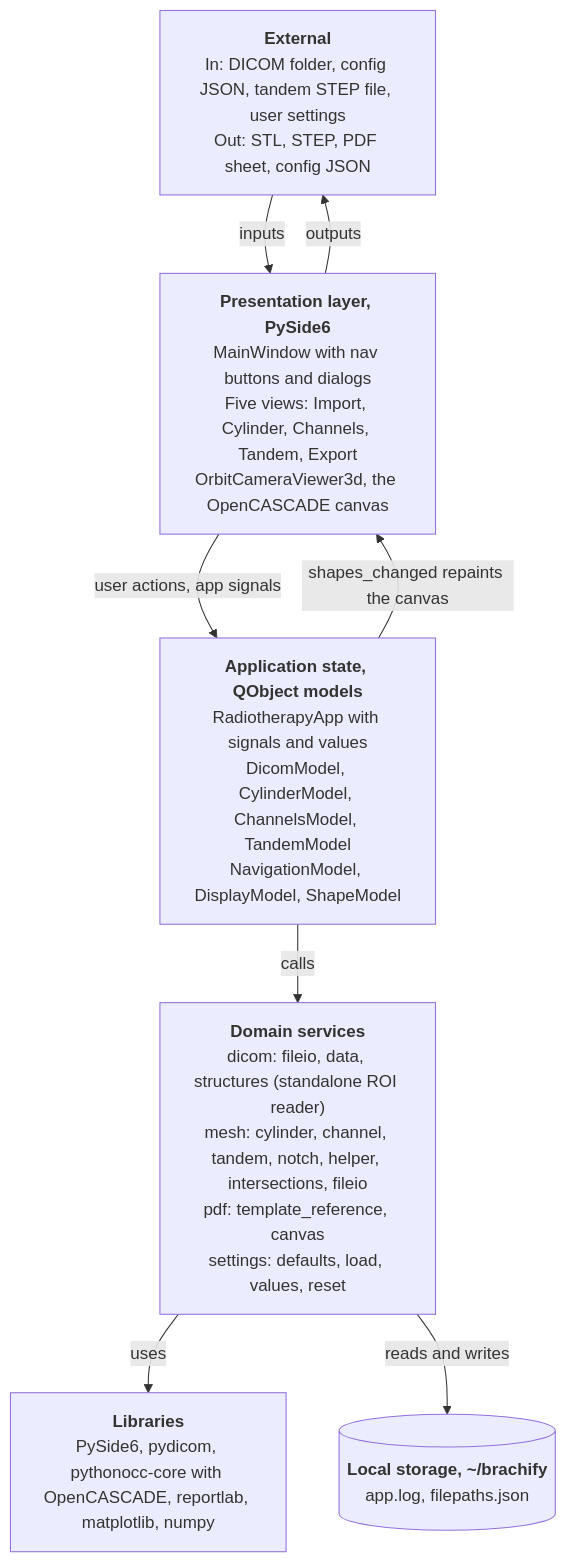
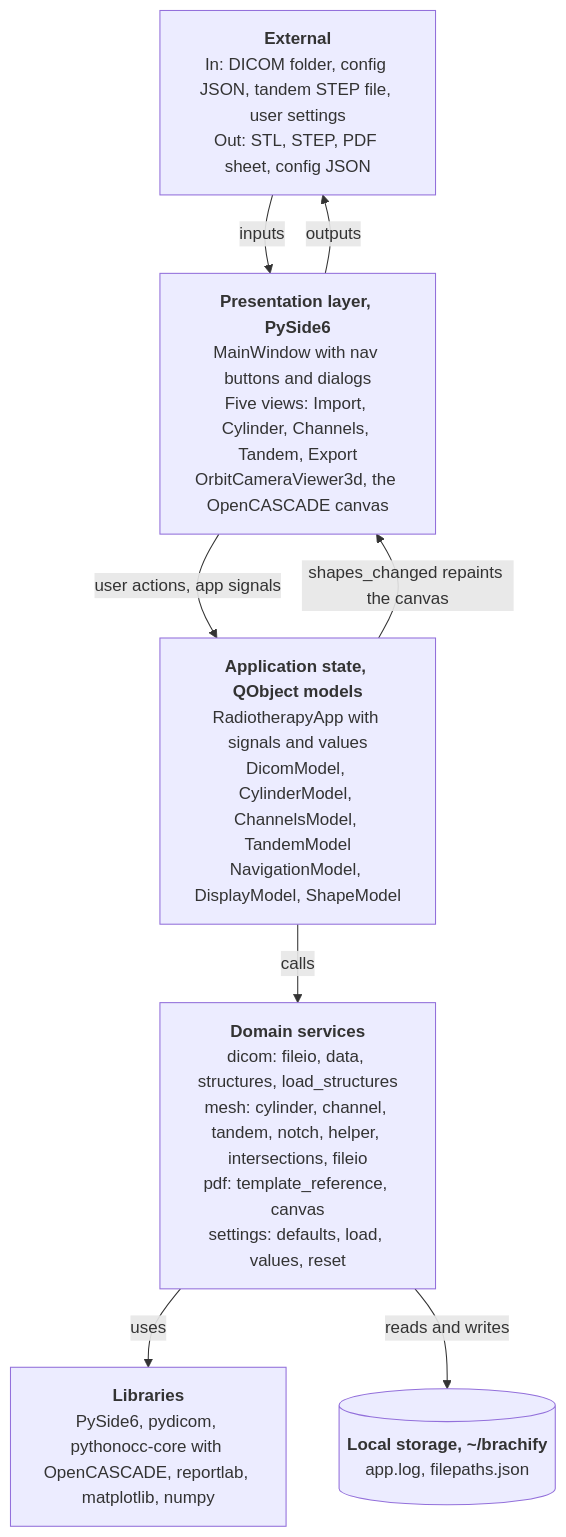
Before and after one commit to COSC-499-W2026/capstone-project-team-10: the diagram in docs/architecture/diagrams/system-architecture.mmd, drawn with Mermaid. The commit also changed 3 other files, not shown here.

Commit message:
docs: name load_structures on the system architecture diagram

```diff
--- a/docs/architecture/diagrams/system-architecture.mmd
+++ b/docs/architecture/diagrams/system-architecture.mmd
@@ -1,17 +1,17 @@
 %% title: System architecture
 %% alt: System architecture of brachify, a layered desktop application with a presentation layer, application state, domain services, third party libraries and local storage
 flowchart TB
   ext["<b>External</b><br/>In: DICOM folder, config JSON, tandem STEP file, user settings<br/>Out: STL, STEP, PDF sheet, config JSON"]
   pres["<b>Presentation layer, PySide6</b><br/>MainWindow with nav buttons and dialogs<br/>Five views: Import, Cylinder, Channels, Tandem, Export<br/>OrbitCameraViewer3d, the OpenCASCADE canvas"]
   state["<b>Application state, QObject models</b><br/>RadiotherapyApp with signals and values<br/>DicomModel, CylinderModel, ChannelsModel, TandemModel<br/>NavigationModel, DisplayModel, ShapeModel"]
-  domain["<b>Domain services</b><br/>dicom: fileio, data, structures (standalone ROI reader)<br/>mesh: cylinder, channel, tandem, notch, helper, intersections, fileio<br/>pdf: template_reference, canvas<br/>settings: defaults, load, values, reset"]
+  domain["<b>Domain services</b><br/>dicom: fileio, data, structures, load_structures<br/>mesh: cylinder, channel, tandem, notch, helper, intersections, fileio<br/>pdf: template_reference, canvas<br/>settings: defaults, load, values, reset"]
   lib["<b>Libraries</b><br/>PySide6, pydicom, pythonocc-core with OpenCASCADE, reportlab, matplotlib, numpy"]
   disk[("<b>Local storage, ~/brachify</b><br/>app.log, filepaths.json")]
 
   ext -->|"inputs"| pres
   pres -->|"outputs"| ext
   pres -->|"user actions, app signals"| state
   state -->|"shapes_changed repaints the canvas"| pres
   state -->|"calls"| domain
   domain -->|"uses"| lib
   domain -->|"reads and writes"| disk
```
